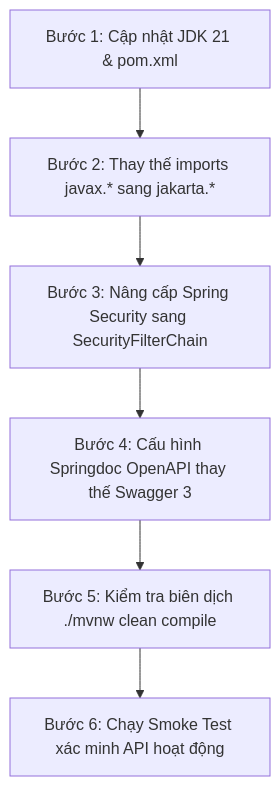
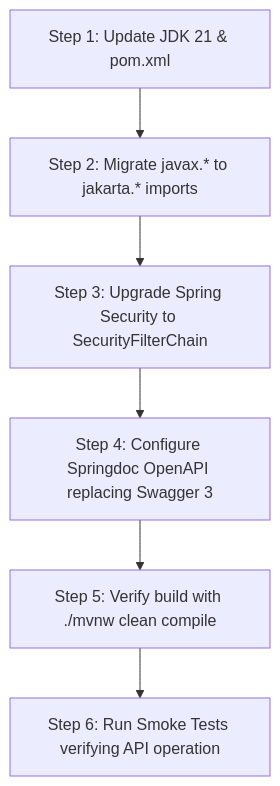
Before and after one commit to cuong28022003/EngComic_backend: the diagram in docs/tech-stack-upgrade-plan.md, drawn with Mermaid. The commit also changed other lines of this file and 111 other files, not shown here.

Commit message:
change architecture and upgrade tech stack

````diff
--- a/docs/tech-stack-upgrade-plan.md
+++ b/docs/tech-stack-upgrade-plan.md
@@ -28,8 +28,8 @@
 ```mermaid
 graph TD
-    Step1[Bước 1: Cập nhật JDK 21 & pom.xml] --> Step2[Bước 2: Thay thế imports javax.* sang jakarta.*]
-    Step2 --> Step3[Bước 3: Nâng cấp Spring Security sang SecurityFilterChain]
-    Step3 --> Step4[Bước 4: Cấu hình Springdoc OpenAPI thay thế Swagger 3]
-    Step4 --> Step5[Bước 5: Kiểm tra biên dịch ./mvnw clean compile]
-    Step5 --> Step6[Bước 6: Chạy Smoke Test xác minh API hoạt động]
+    Step1[Step 1: Update JDK 21 & pom.xml] --> Step2[Step 2: Migrate javax.* to jakarta.* imports]
+    Step2 --> Step3[Step 3: Upgrade Spring Security to SecurityFilterChain]
+    Step3 --> Step4[Step 4: Configure Springdoc OpenAPI replacing Swagger 3]
+    Step4 --> Step5[Step 5: Verify build with ./mvnw clean compile]
+    Step5 --> Step6[Step 6: Run Smoke Tests verifying API operation]
 ```
````
